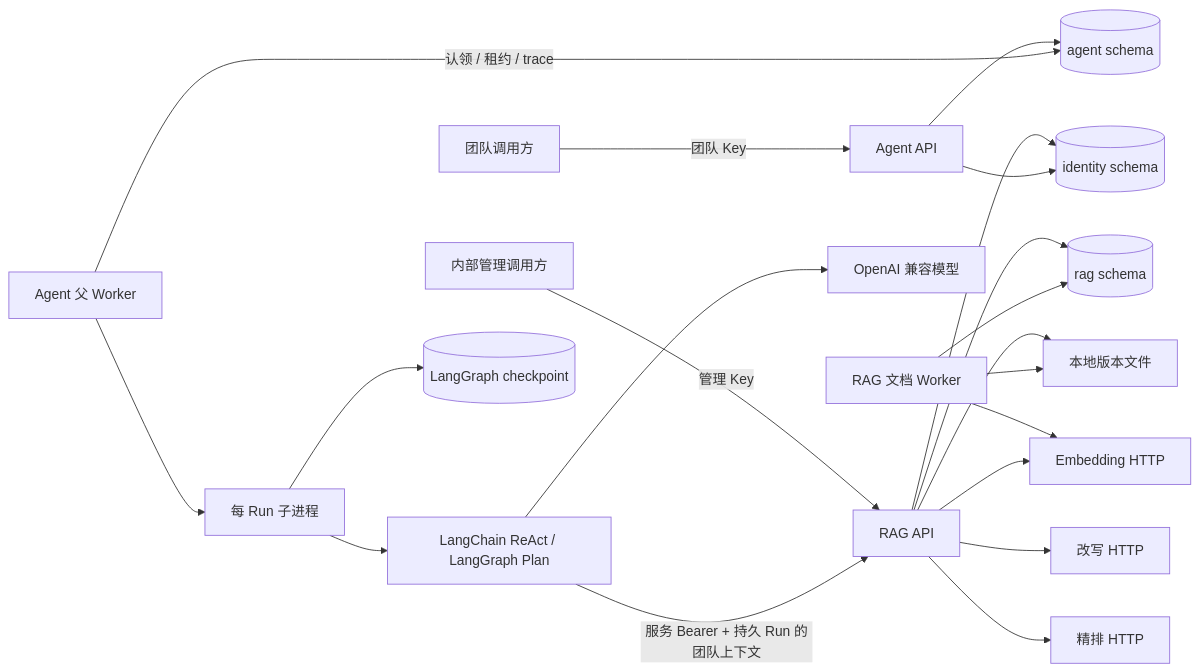
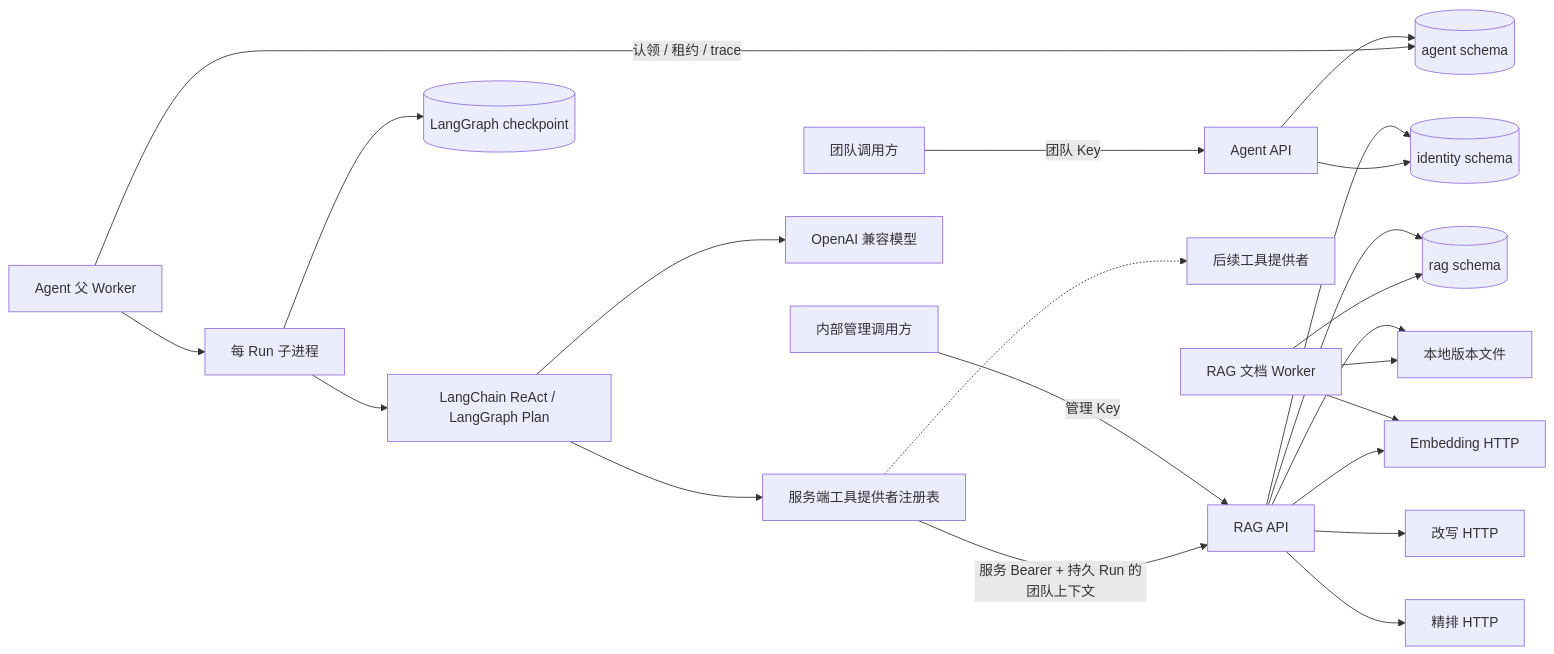
The diagram in docs/architecture.md (bleedgreen0921/agent), drawn with Mermaid before and after one commit. The commit also changed other lines of this file and 7 other files, not shown here.

````diff
--- a/docs/architecture.md
+++ b/docs/architecture.md
@@ -3,22 +3,24 @@
 ```mermaid
 flowchart LR
     Admin[内部管理调用方] -->|管理 Key| RAG[RAG API]
     Client[团队调用方] -->|团队 Key| AgentAPI[Agent API]
     AgentAPI --> AD[(agent schema)]
     AgentWorker[Agent 父 Worker] -->|认领 / 租约 / trace| AD
     AgentWorker --> Child[每 Run 子进程]
     Child --> Graph[LangChain ReAct / LangGraph Plan]
     Graph --> Model[OpenAI 兼容模型]
-    Graph -->|服务 Bearer + 持久 Run 的团队上下文| RAG
+    Graph --> Registry[服务端工具提供者注册表]
+    Registry -->|服务 Bearer + 持久 Run 的团队上下文| RAG
+    Registry -.-> More[后续工具提供者]
     RAG --> ID[(identity schema)]
     RAG --> RD[(rag schema)]
     RAG --> Files[本地版本文件]
     Worker[RAG 文档 Worker] --> RD
     Worker --> Files
     Worker --> Embed[Embedding HTTP]
     RAG --> Embed
     RAG --> Rewrite[改写 HTTP]
     RAG --> Rerank[精排 HTTP]
     AgentAPI --> ID
     Child --> CP[(LangGraph checkpoint)]
 ```
````
